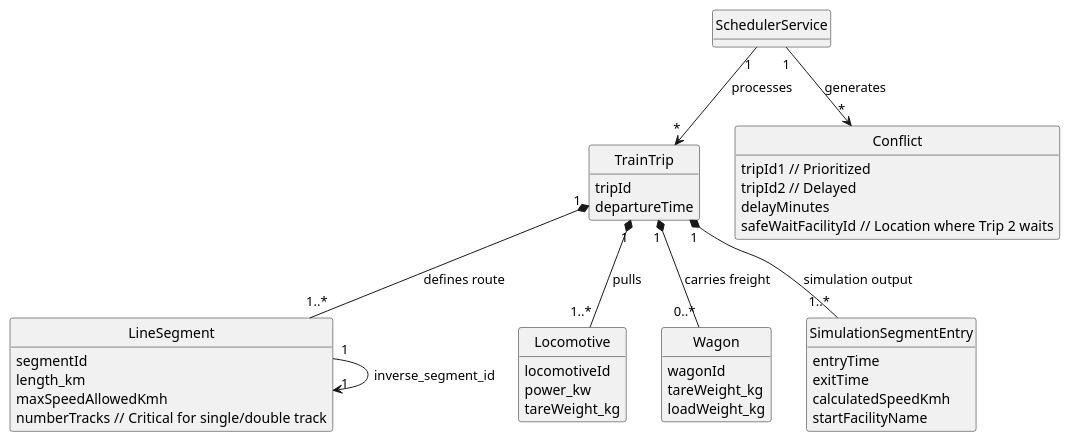
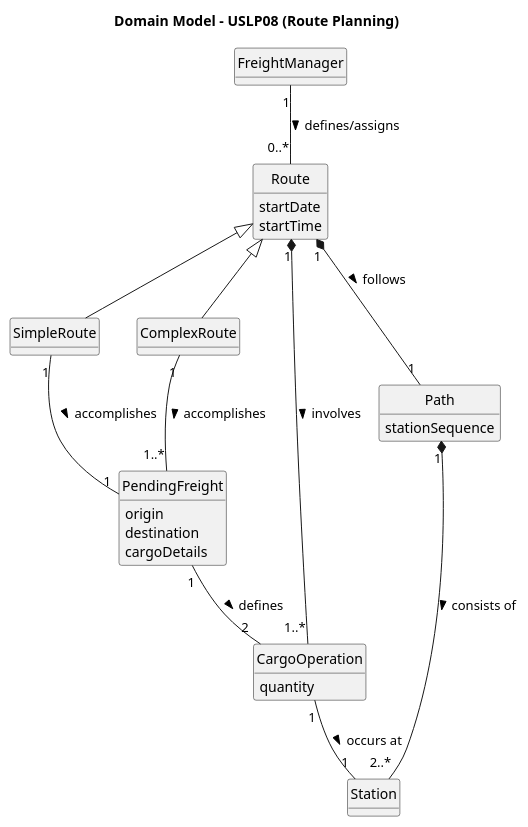
One commit to Departamento-de-Engenharia-Informatica/sem3-pi-25-26-g023-repo changed the diagram in src/doc/LAPR3/USLP08/02.analysis/puml/USLP08-DM.puml. Above: the diagram before and after it, drawn with PlantUML. The commit also changed 5 other files, not shown here.

Commit message:
USLP08- commit of the analysis, domain model, ssd and respective svg

```diff
--- a/src/doc/LAPR3/USLP08/02.analysis/puml/USLP08-DM.puml
+++ b/src/doc/LAPR3/USLP08/02.analysis/puml/USLP08-DM.puml
@@ -1,71 +1,48 @@
 @startuml
+title Domain Model - USLP08 (Route Planning)
+
 hide circle
 hide methods
 
-' title Domain Model - USLP07: Freight Dispatching and Conflict Resolution
 
-class SchedulerService {
-    +calculateTrainPerformance(TrainTrip)
-    +calculateTravelTimes(TrainTrip)
-    +dispatchTrains(List<TrainTrip>)
-    +resolveFirstConflict(...)
+class FreightManager
+class PendingFreight {
+    origin
+    destination
+    cargoDetails
 }
 
-class TrainTrip {
-    tripId
-    departureTime
-    +getRoute() : List<LineSegment>
-    +getLocomotives()
-    +getWagons()
-    +getMaxTrainSpeed()
-    +getTotalWeightKg()
-    +setPassageTime(int facilityId, LocalDateTime time)
+class Route {
+    startDate
+    startTime
 }
 
-class LineSegment {
-    segmentId
-    length_km
-    maxSpeedAllowedKmh
-    numberTracks // Critical for single/double track
-    isViaUnica()
+class SimpleRoute
+class ComplexRoute
+
+class Path {
+    stationSequence
 }
 
-class Locomotive {
-    locomotiveId
-    power_kw
-    tareWeight_kg
+class Station
+class CargoOperation {
+    type (Load/Unload)
+    quantity
 }
 
-class Wagon {
-    wagonId
-    tareWeight_kg
-    loadWeight_kg
-}
+' Relacionamentos
+FreightManager "1" -- "0..*" Route : defines/assigns >
+Route "1" *-- "1" Path : follows >
+Path "1" *-- "2..*" Station : consists of >
 
-class SimulationSegmentEntry {
-    entryTime
-    exitTime
-    calculatedSpeedKmh
-    startFacilityName
-}
+Route <|-- SimpleRoute
+Route <|-- ComplexRoute
 
-class Conflict {
-    tripId1 // Prioritized
-    tripId2 // Delayed
-    delayMinutes
-    safeWaitFacilityId // Location where Trip 2 waits
-}
+SimpleRoute "1" -- "1" PendingFreight : accomplishes >
+ComplexRoute "1" -- "1..*" PendingFreight : accomplishes >
 
-' Relationships
-SchedulerService "1" --> "*" TrainTrip : processes
-SchedulerService "1" --> "*" Conflict : generates
-
-TrainTrip "1" *-- "1..*" LineSegment : defines route
-TrainTrip "1" *-- "1..*" Locomotive : pulls
-TrainTrip "1" *-- "0..*" Wagon : carries freight
-
-TrainTrip "1" *-- "1..*" SimulationSegmentEntry : simulation output
-
-LineSegment "1" --> "1" LineSegment : inverse_segment_id
+Route "1" *-- "1..*" CargoOperation : involves >
+CargoOperation "1" -- "1" Station : occurs at >
+PendingFreight "1" -- "2" CargoOperation : defines >
 
 @enduml
```
